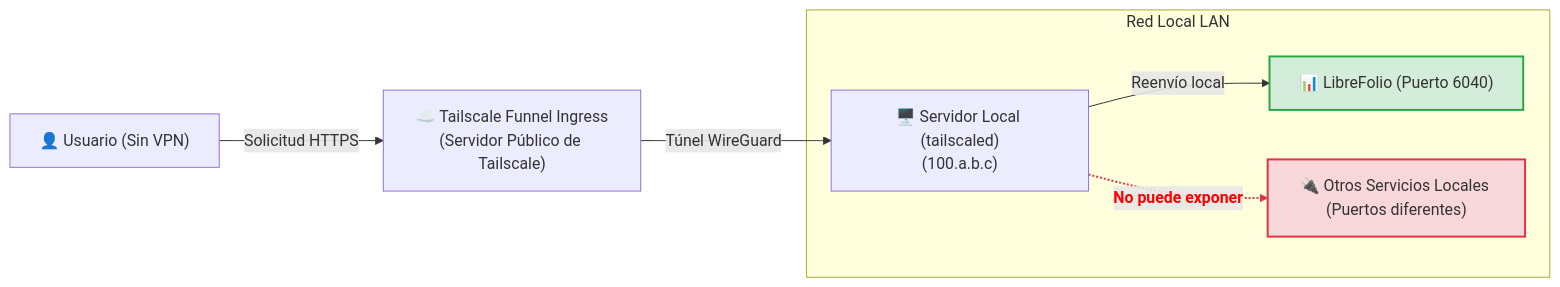
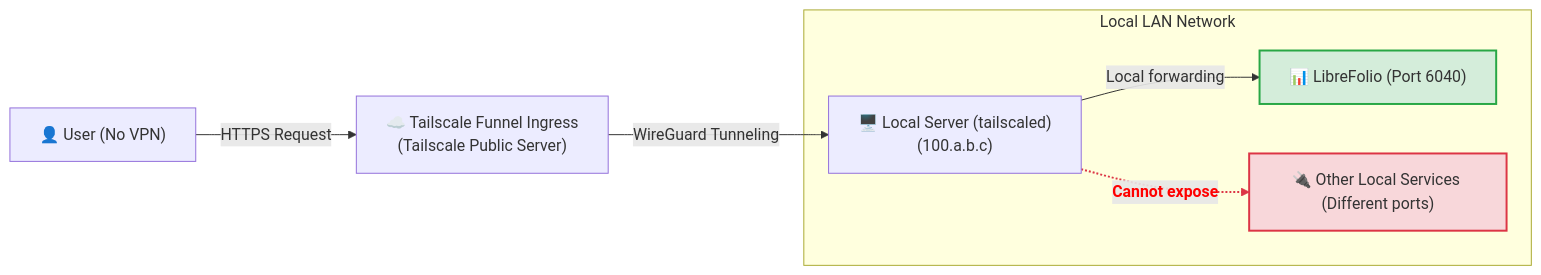
Before and after one commit to Librefolio/LibreFolio: the fourth of 5 diagrams in mkdocs_src/docs/admin/service_exposure.es.md, drawn with Mermaid. The commit also changed other lines of this file and 430 other files, not shown here.

````diff
--- a/mkdocs_src/docs/admin/service_exposure.es.md
+++ b/mkdocs_src/docs/admin/service_exposure.es.md
@@ -296,12 +255,12 @@
 ```mermaid
 graph LR
- User["👤 Usuario (Sin VPN)"] -->|Solicitud HTTPS| Funnel["☁️ Tailscale Funnel Ingress<br>(Servidor Público de Tailscale)"]
- Funnel -->|Túnel WireGuard| Server["🖥️ Servidor Local (tailscaled)<br>(100.a.b.c)"]
- subgraph LAN ["Red Local LAN"]
- Server -->|Reenvío local| LibreFolio["📊 LibreFolio (Puerto 6040)"]
- Server -.->|"<font color='red'><b>No puede exponer</b></font>"| Other["🔌 Otros Servicios Locales (Puertos diferentes)"]
- end
- style LibreFolio fill:#d4edda,stroke:#28a745,stroke-width:2px;
- style Other fill:#f8d7da,stroke:#dc3545,stroke-width:2px;
- linkStyle 3 stroke:#dc3545,stroke-width:2px;
+    User["👤 User (No VPN)"] -->|HTTPS Request| Funnel["☁️ Tailscale Funnel Ingress<br>(Tailscale Public Server)"]
+    Funnel -->|WireGuard Tunneling| Server["🖥️ Local Server (tailscaled)<br>(100.a.b.c)"]
+    subgraph LAN ["Local LAN Network"]
+        Server -->|Local forwarding| LibreFolio["📊 LibreFolio (Port 6040)"]
+        Server -.->|"<font color='red'><b>Cannot expose</b></font>"| Other["🔌 Other Local Services (Different ports)"]
+    end
+    style LibreFolio fill:#d4edda,stroke:#28a745,stroke-width:2px;
+    style Other fill:#f8d7da,stroke:#dc3545,stroke-width:2px;
+    linkStyle 3 stroke:#dc3545,stroke-width:2px;
 ```
````
